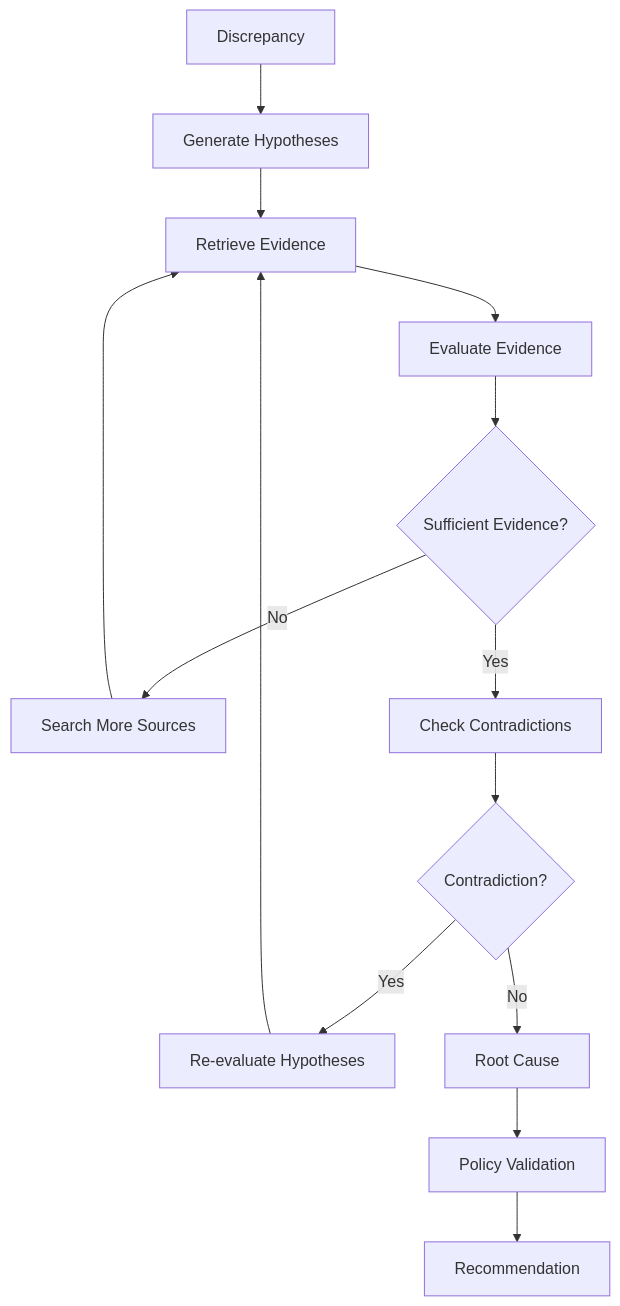
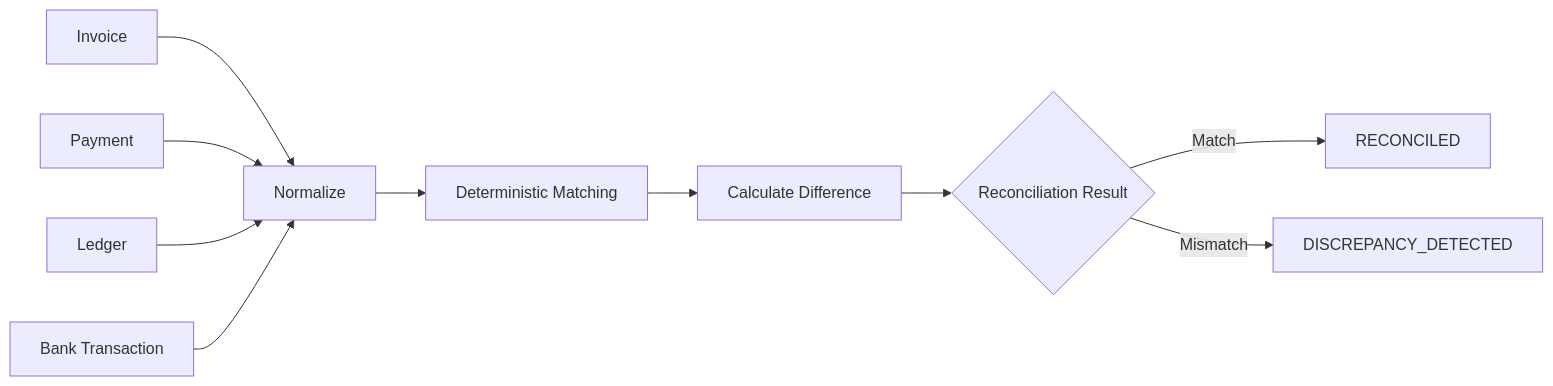
One commit to ChibuezeWilly/AI-Powered-Financial-Close-System changed the sixth of 23 diagrams in README.md. Above: the diagram before and after it, drawn with Mermaid. The commit also changed other lines of this file and 28 other files, not shown here.

````diff
--- a/README.md
+++ b/README.md
@@ -898,31 +886,23 @@
 ```mermaid
+flowchart LR
 
-flowchart TD
+    INVOICE[Invoice]
+    PAYMENT[Payment]
+    LEDGER[Ledger]
+    BANK[Bank Transaction]
 
-    A[Discrepancy] --> B[Generate Hypotheses]
+    INVOICE --> NORMALIZE[Normalize]
+    PAYMENT --> NORMALIZE
+    LEDGER --> NORMALIZE
+    BANK --> NORMALIZE
 
-    B --> C[Retrieve Evidence]
+    NORMALIZE --> MATCH[Deterministic Matching]
 
-    C --> D[Evaluate Evidence]
+    MATCH --> CALC[Calculate Difference]
 
-    D --> E{Sufficient Evidence?}
+    CALC --> RESULT{Reconciliation Result}
 
-    E -->|No| F[Search More Sources]
+    RESULT -->|Match| RECONCILED[RECONCILED]
 
-    F --> C
-
-    E -->|Yes| G[Check Contradictions]
-
-    G --> H{Contradiction?}
-
-    H -->|Yes| I[Re-evaluate Hypotheses]
-
-    I --> C
-
-    H -->|No| J[Root Cause]
-
-    J --> K[Policy Validation]
-
-    K --> L[Recommendation]
-
+    RESULT -->|Mismatch| DISCREPANCY[DISCREPANCY_DETECTED]
 ```
````
